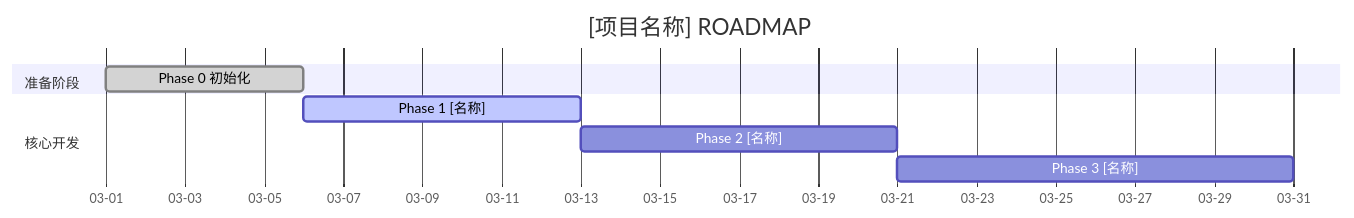
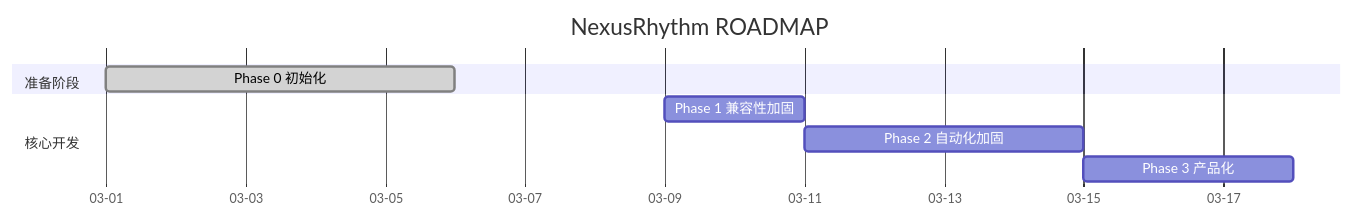
The diagram in ROADMAP.md (NeoxNexus/NexusRhythm), drawn with Mermaid before and after one commit. The commit also changed other lines of this file and 29 other files, not shown here.

````diff
--- a/ROADMAP.md
+++ b/ROADMAP.md
@@ -46,14 +46,14 @@
 ```mermaid
 gantt
-    title [项目名称] ROADMAP
+    title NexusRhythm ROADMAP
     dateFormat  YYYY-MM-DD
     axisFormat  %m-%d
 
     section 准备阶段
     Phase 0 初始化        :done, 2026-03-01, 5d
 
     section 核心开发
-    Phase 1 [名称]        :active, 2026-03-06, 7d
-    Phase 2 [名称]        :        2026-03-13, 8d
-    Phase 3 [名称]        :        2026-03-21, 10d
+    Phase 1 兼容性加固      :        2026-03-09, 2d
+    Phase 2 自动化加固      :        2026-03-11, 4d
+    Phase 3 产品化          :        2026-03-15, 3d
 ```
````
